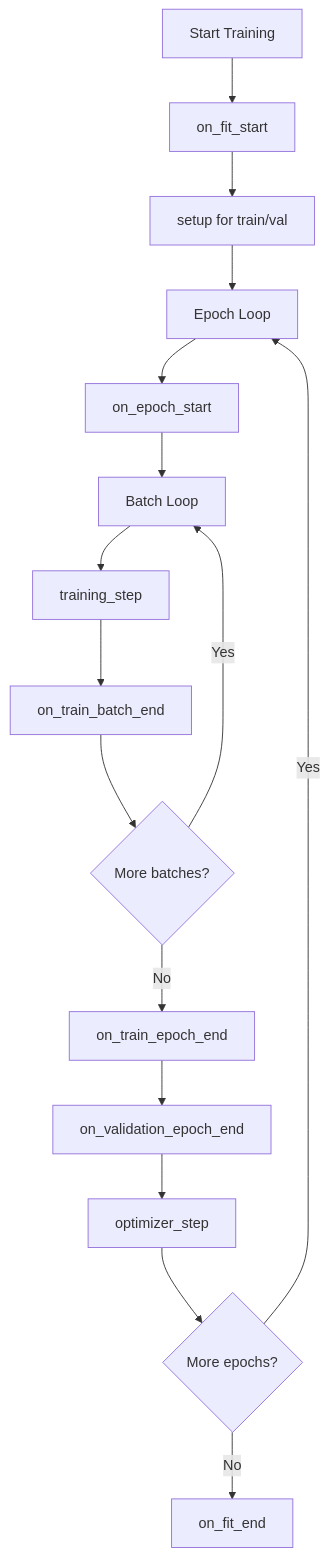
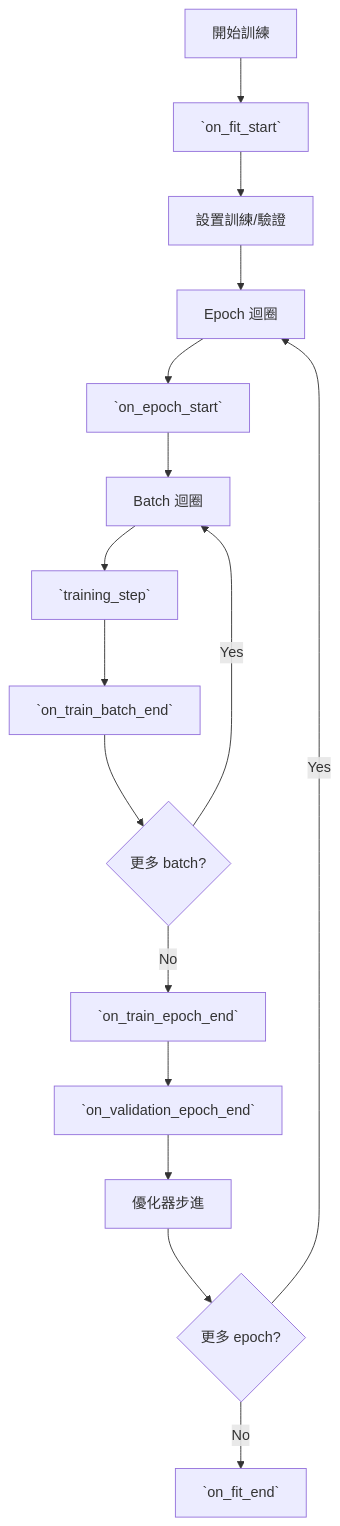
The first of 2 diagrams in i18n/zh-HK/docusaurus-plugin-content-docs/current/deep-learning/pytorch-lightning/01-introduction/02-mental-model.mdx (SAILTECHTEAM/knowledge-base), drawn with Mermaid before and after one commit. The commit also changed 1 other file, not shown here.

Commit message:
docs: update translate

````diff
--- a/i18n/zh-HK/docusaurus-plugin-content-docs/current/deep-learning/pytorch-lightning/01-introduction/02-mental-model.mdx
+++ b/i18n/zh-HK/docusaurus-plugin-content-docs/current/deep-learning/pytorch-lightning/01-introduction/02-mental-model.mdx
@@ -28,18 +28,18 @@
 ```mermaid
 flowchart TD
-    A[Start Training] --> B[on_fit_start]
-    B --> C[setup for train/val]
-    C --> D[Epoch Loop]
-    D --> E[on_epoch_start]
-    E --> F[Batch Loop]
-    F --> G[training_step]
-    G --> H[on_train_batch_end]
-    H --> I{More batches?}
+    A[開始訓練] --> B[`on_fit_start`]
+    B --> C[設置訓練/驗證]
+    C --> D[Epoch 迴圈]
+    D --> E[`on_epoch_start`]
+    E --> F[Batch 迴圈]
+    F --> G[`training_step`]
+    G --> H[`on_train_batch_end`]
+    H --> I{更多 batch?}
     I -- Yes --> F
-    I -- No --> J[on_train_epoch_end]
-    J --> K[on_validation_epoch_end]
-    K --> L[optimizer_step]
-    L --> M{More epochs?}
+    I -- No --> J[`on_train_epoch_end`]
+    J --> K[`on_validation_epoch_end`]
+    K --> L[優化器步進]
+    L --> M{更多 epoch?}
     M -- Yes --> D
-    M -- No --> N[on_fit_end]
+    M -- No --> N[`on_fit_end`]
 ```
````
